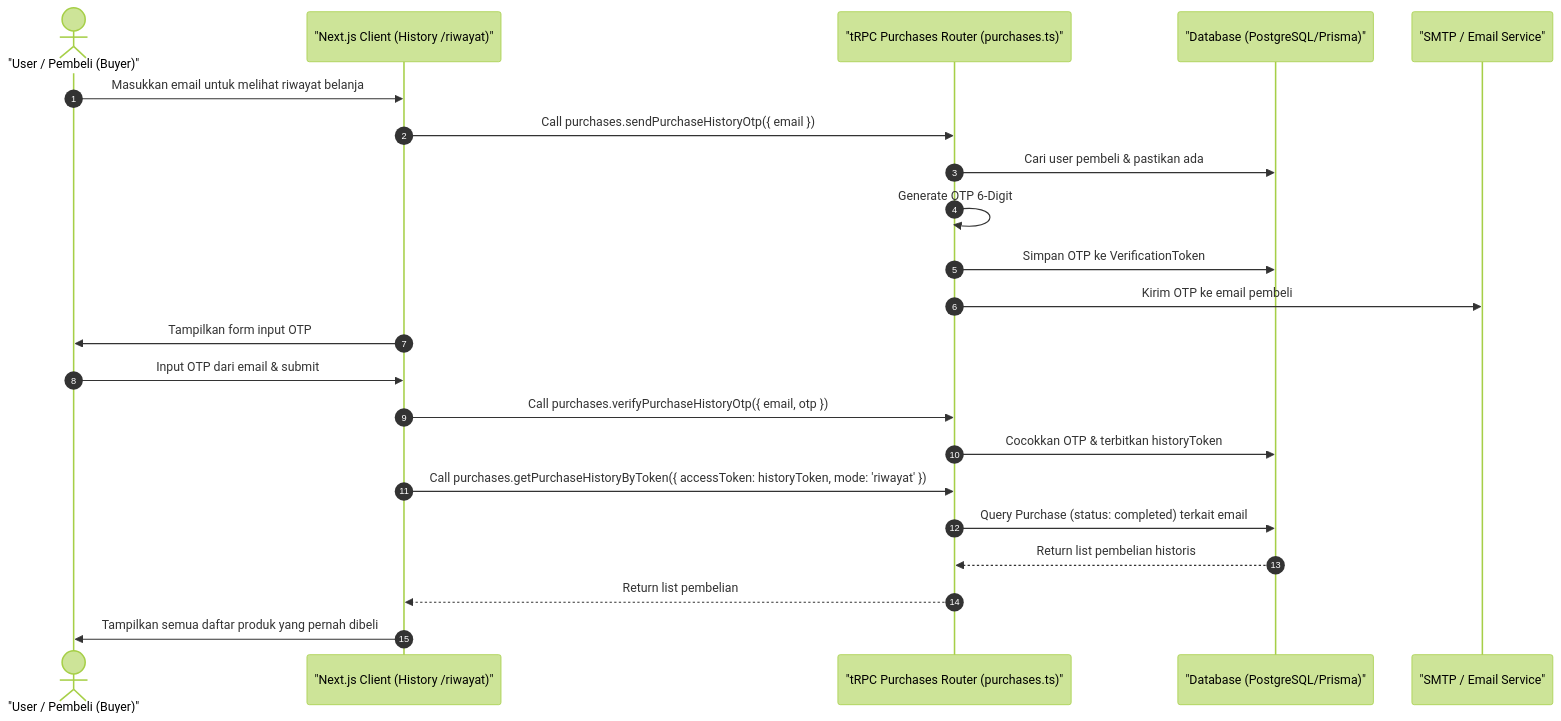
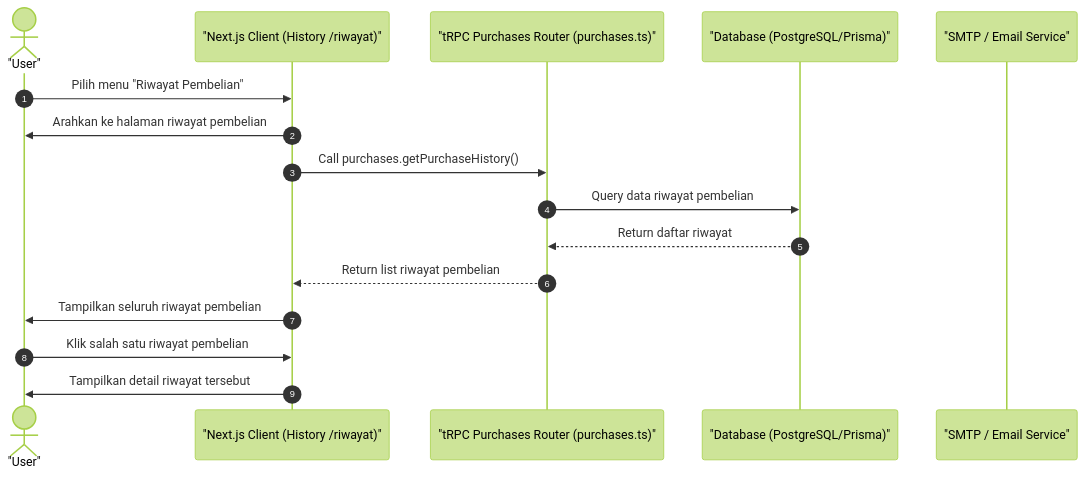
Before and after one commit to luputer/CuanIN: the diagram in docs/50-buyer-purchase-history.md, drawn with Mermaid (forest theme). The commit also changed other lines of this file and 53 other files, not shown here.

````diff
--- a/docs/50-buyer-purchase-history.md
+++ b/docs/50-buyer-purchase-history.md
@@ -5,27 +5,19 @@
 ```mermaid
 sequenceDiagram
     autonumber
-    actor Buyer as "User / Pembeli (Buyer)"
+    actor User as "User"
     participant Client as "Next.js Client (History /riwayat)"
     participant Server as "tRPC Purchases Router (purchases.ts)"
     participant DB as "Database (PostgreSQL/Prisma)"
     participant SMTP as "SMTP / Email Service"
 
-    Buyer->>Client: Masukkan email untuk melihat riwayat belanja
-    Client->>Server: Call purchases.sendPurchaseHistoryOtp({ email })
-    Server->>DB: Cari user pembeli & pastikan ada
-    Server->>Server: Generate OTP 6-Digit
-    Server->>DB: Simpan OTP ke VerificationToken
-    Server->>SMTP: Kirim OTP ke email pembeli
-    Client->>Buyer: Tampilkan form input OTP
-    
-    Buyer->>Client: Input OTP dari email & submit
-    Client->>Server: Call purchases.verifyPurchaseHistoryOtp({ email, otp })
-    Server->>DB: Cocokkan OTP & terbitkan historyToken
-    Client->>Server: Call purchases.getPurchaseHistoryByToken({ accessToken: historyToken, mode: 'riwayat' })
-    Server->>DB: Query Purchase (status: completed) terkait email
-    DB-->>Server: Return list pembelian historis
-    Server-->>Client: Return list pembelian
-    Client->>Buyer: Tampilkan semua daftar produk yang pernah dibeli
-
+    User->>Client: Pilih menu "Riwayat Pembelian"
+    Client->>User: Arahkan ke halaman riwayat pembelian
+    Client->>Server: Call purchases.getPurchaseHistory()
+    Server->>DB: Query data riwayat pembelian
+    DB-->>Server: Return daftar riwayat
+    Server-->>Client: Return list riwayat pembelian
+    Client->>User: Tampilkan seluruh riwayat pembelian
+    User->>Client: Klik salah satu riwayat pembelian
+    Client->>User: Tampilkan detail riwayat tersebut
 ```
````
